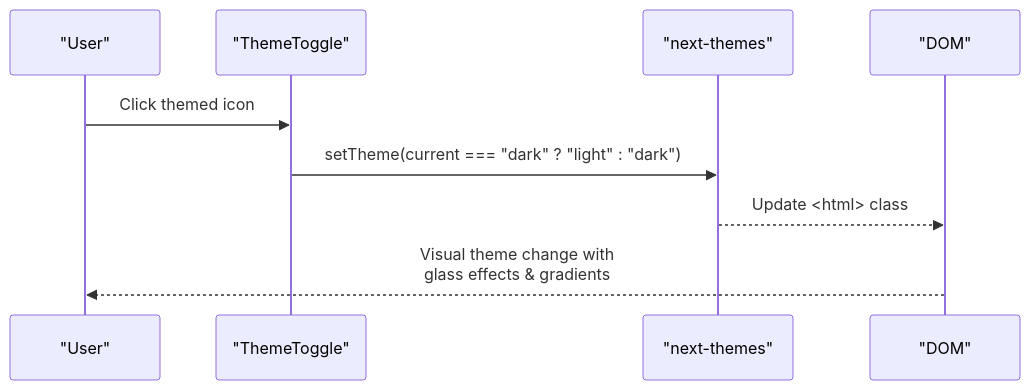
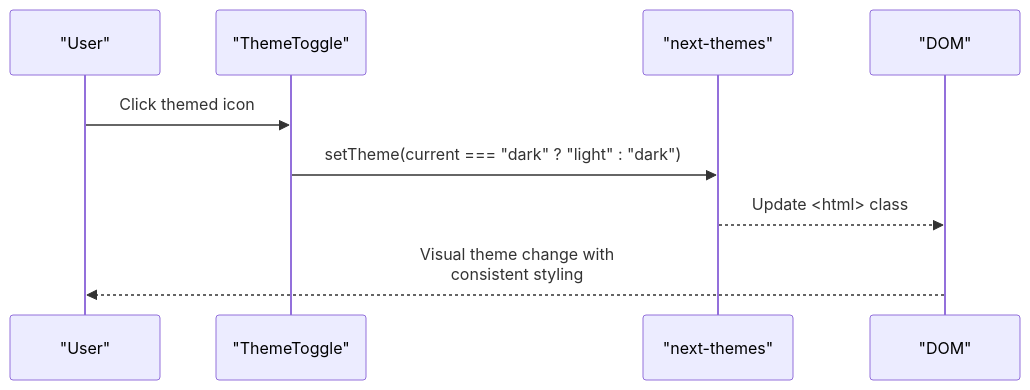
One commit to alikizang/datafrica changed the fourth of 5 diagrams in .qoder/repowiki/en/content/UI Components/Theme System.md. Above: the diagram before and after it, drawn with Mermaid. The commit also changed other lines of this file and 21 other files, not shown here.

````diff
--- a/.qoder/repowiki/en/content/UI Components/Theme System.md
+++ b/.qoder/repowiki/en/content/UI Components/Theme System.md
@@ -181,11 +178,11 @@
 ```mermaid
 sequenceDiagram
 participant U as "User"
 participant TT as "ThemeToggle"
 participant NT as "next-themes"
 participant DOM as "DOM"
 U->>TT : Click themed icon
 TT->>NT : setTheme(current === "dark" ? "light" : "dark")
 NT-->>DOM : Update <html> class
-DOM-->>U : Visual theme change with<br/>glass effects & gradients
+DOM-->>U : Visual theme change with<br/>consistent styling
 ```
````
